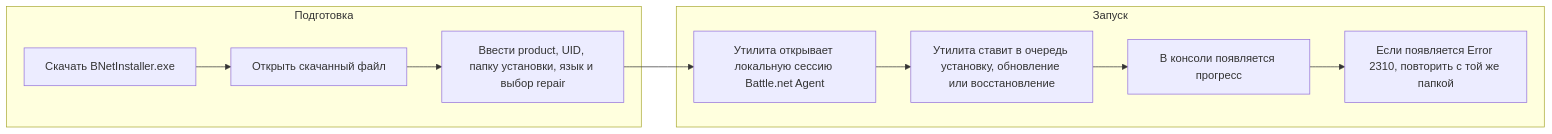
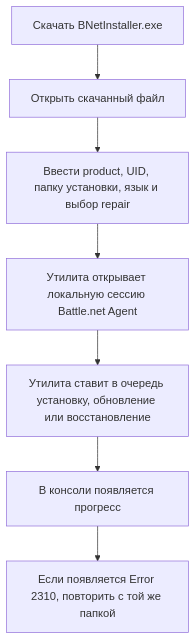
Before and after one commit to DokPlay/Battle.Net-Installer: the diagram in README.ru.md, drawn with Mermaid. The commit also changed 1 other file, not shown here.

Commit message:
Restore vertical README flow diagrams

````diff
--- a/README.ru.md
+++ b/README.ru.md
@@ -52,12 +52,9 @@
 ```mermaid
-flowchart LR
-    subgraph LEFT["Подготовка"]
-        A["Скачать BNetInstaller.exe"] --> B["Открыть скачанный файл"] --> C["Ввести product, UID, папку установки, язык и выбор repair"]
-    end
-
-    subgraph RIGHT["Запуск"]
-        D["Утилита открывает локальную сессию Battle.net Agent"] --> E["Утилита ставит в очередь установку, обновление или восстановление"] --> F["В консоли появляется прогресс"] --> G["Если появляется Error 2310, повторить с той же папкой"]
-    end
-
-    C --> D
+flowchart TB
+    A["Скачать BNetInstaller.exe"] --> B["Открыть скачанный файл"]
+    B --> C["Ввести product, UID, папку установки, язык и выбор repair"]
+    C --> D["Утилита открывает локальную сессию Battle.net Agent"]
+    D --> E["Утилита ставит в очередь установку, обновление или восстановление"]
+    E --> F["В консоли появляется прогресс"]
+    F --> G["Если появляется Error 2310, повторить с той же папкой"]
 ```
````
